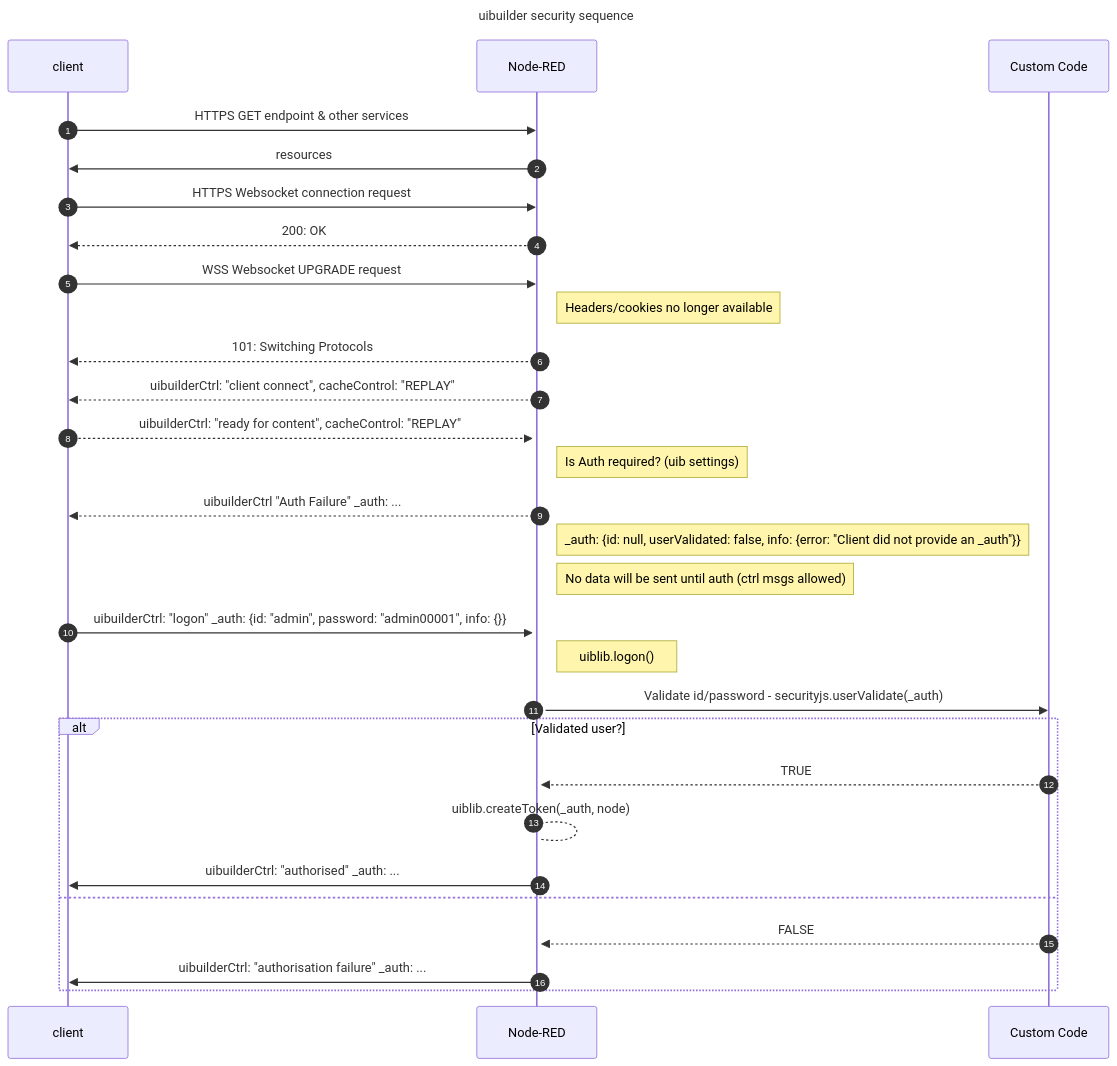
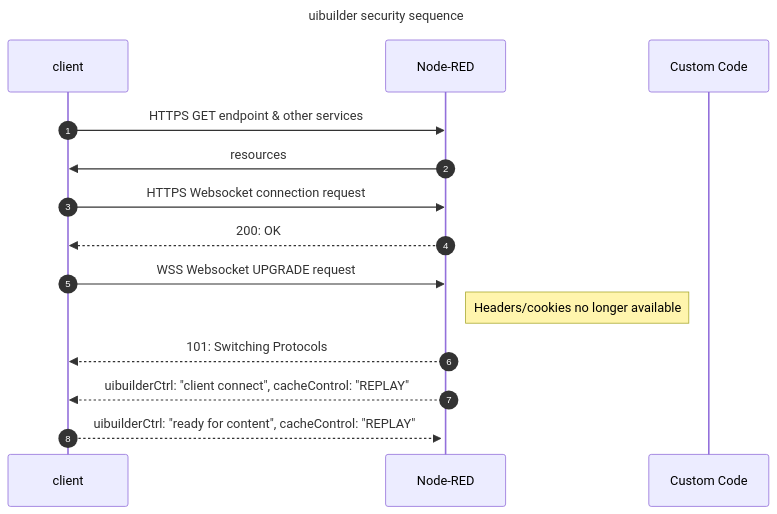
The diagram in docs/diagrams/uib-logon-sequence.mmd (TotallyInformation/node-red-contrib-uibuilder), drawn with Mermaid before and after one commit. The commit also changed 1 other file, not shown here.

```diff
--- a/docs/diagrams/uib-logon-sequence.mmd
+++ b/docs/diagrams/uib-logon-sequence.mmd
@@ -1,41 +1,23 @@
 sequenceDiagram
 
     autonumber
 
     title: uibuilder security sequence
 
     participant client as client
     participant NR as Node-RED
     participant js as Custom Code
 
     client ->> NR: HTTPS GET endpoint & other services
     NR->>client: resources
 
     client->>NR: HTTPS Websocket connection request
     NR-->>client: 200: OK
     client->>NR: WSS Websocket UPGRADE request
     
     activate NR
     Note right of NR: Headers/cookies no longer available
     NR-->>client: 101: Switching Protocols
 
     NR-->>client: uibuilderCtrl: "client connect", cacheControl: "REPLAY"
     client-->>NR: uibuilderCtrl: "ready for content", cacheControl: "REPLAY"
-    
-    Note right of NR: Is Auth required? (uib settings)
-    NR-->>client: uibuilderCtrl "Auth Failure" _auth: ...
-    Note right of NR: _auth: {id: null, userValidated: false, info: {error: "Client did not provide an _auth"}}
-    Note right of NR: No data will be sent until auth (ctrl msgs allowed)
-
-    client->>NR: uibuilderCtrl: "logon" _auth: {id: "admin", password: "admin00001", info: {}}
-    Note right of NR: uiblib.logon()
-
-    NR->>js: Validate id/password - securityjs.userValidate(_auth)
-    alt Validated user?
-        js-->>NR: TRUE
-        NR-->NR: uiblib.createToken(_auth, node)
-        NR->>client: uibuilderCtrl: "authorised" _auth: ...
-    else
-        js-->>NR: FALSE
-        NR->>client: uibuilderCtrl: "authorisation failure" _auth: ...
-    end
```
